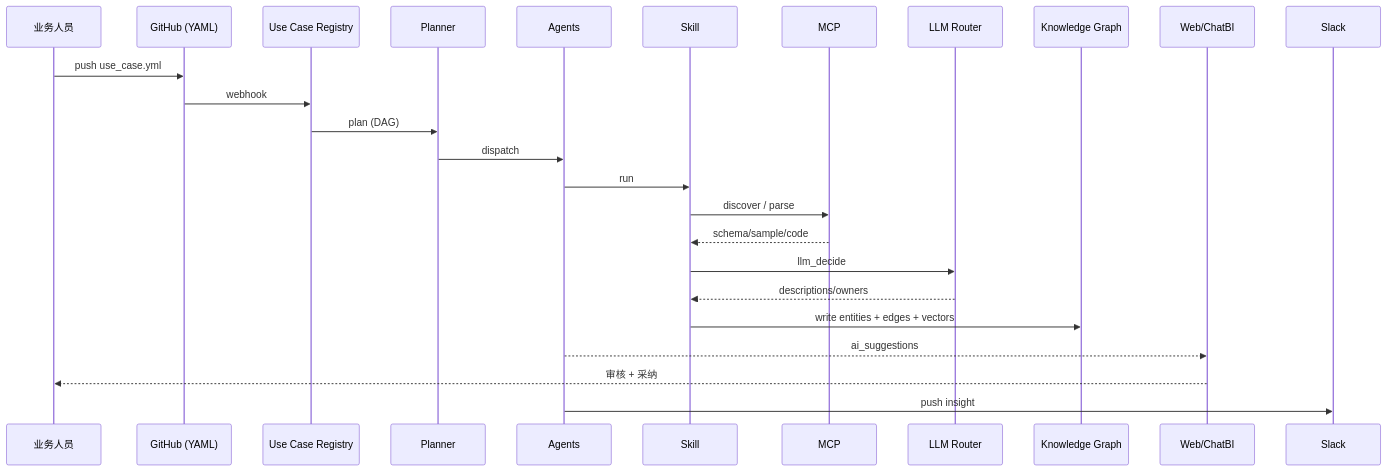
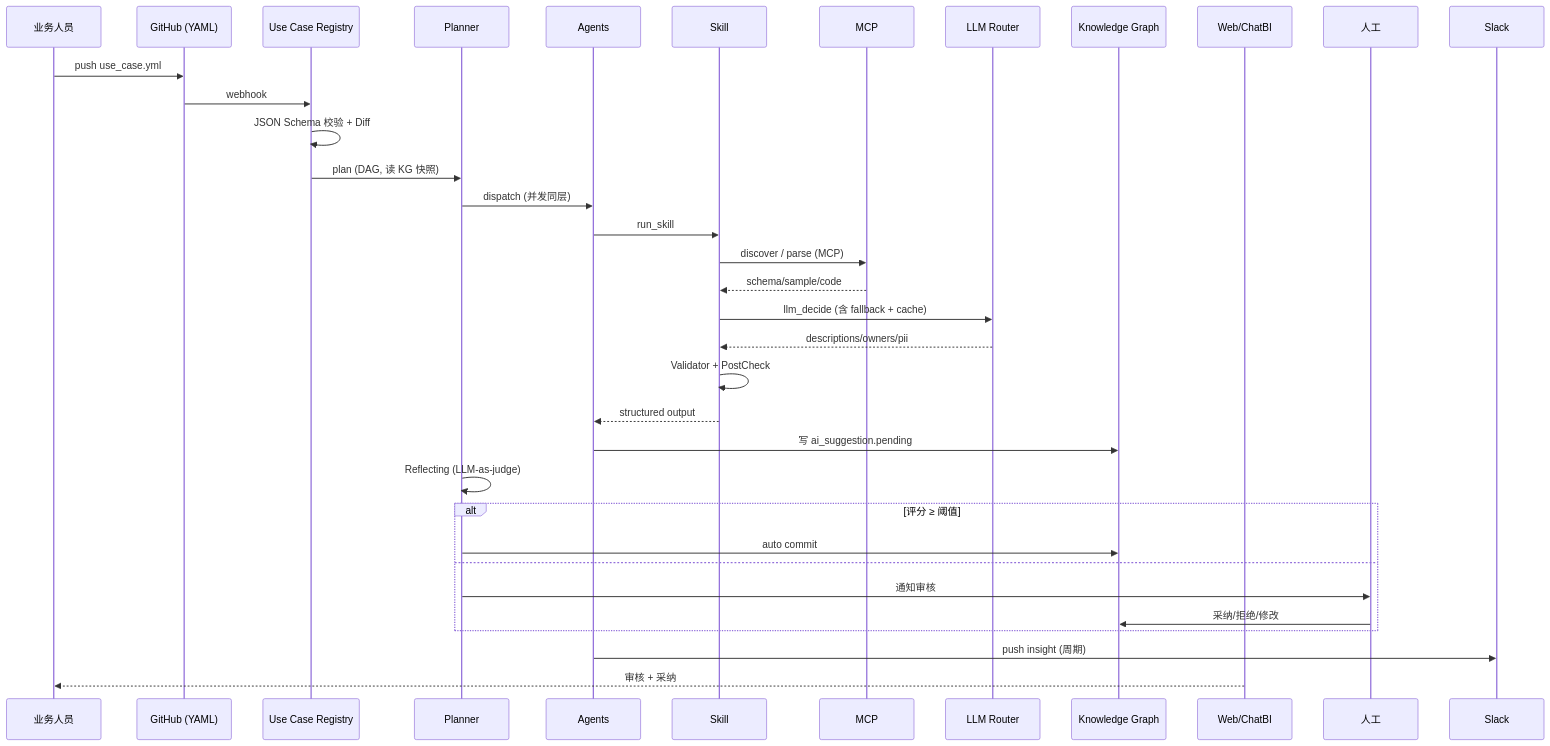
The tenth of 11 diagrams in docs/design/architecture.md (gavenlv/idm), drawn with Mermaid before and after one commit. The commit also changed other lines of this file and 140 other files, not shown here.

````diff
--- a/docs/design/architecture.md
+++ b/docs/design/architecture.md
@@ -371,28 +528,38 @@
 ```mermaid
 sequenceDiagram
     participant U as 业务人员
     participant GH as GitHub (YAML)
     participant UC as Use Case Registry
     participant PL as Planner
     participant AG as Agents
     participant SK as Skill
     participant M as MCP
     participant LR as LLM Router
     participant KE as Knowledge Graph
     participant W as Web/ChatBI
+    participant H as 人工
     participant SL as Slack
 
     U->>GH: push use_case.yml
     GH->>UC: webhook
-    UC->>PL: plan (DAG)
-    PL->>AG: dispatch
-    AG->>SK: run
-    SK->>M: discover / parse
+    UC->>UC: JSON Schema 校验 + Diff
+    UC->>PL: plan (DAG, 读 KG 快照)
+    PL->>AG: dispatch (并发同层)
+    AG->>SK: run_skill
+    SK->>M: discover / parse (MCP)
     M-->>SK: schema/sample/code
-    SK->>LR: llm_decide
-    LR-->>SK: descriptions/owners
-    SK->>KE: write entities + edges + vectors
-    AG-->>W: ai_suggestions
+    SK->>LR: llm_decide (含 fallback + cache)
+    LR-->>SK: descriptions/owners/pii
+    SK->>SK: Validator + PostCheck
+    SK-->>AG: structured output
+    AG->>KE: 写 ai_suggestion.pending
+    PL->>PL: Reflecting (LLM-as-judge)
+    alt 评分 ≥ 阈值
+        PL->>KE: auto commit
+    else
+        PL->>H: 通知审核
+        H->>KE: 采纳/拒绝/修改
+    end
+    AG->>SL: push insight (周期)
     W-->>U: 审核 + 采纳
-    AG->>SL: push insight
 ```
````
